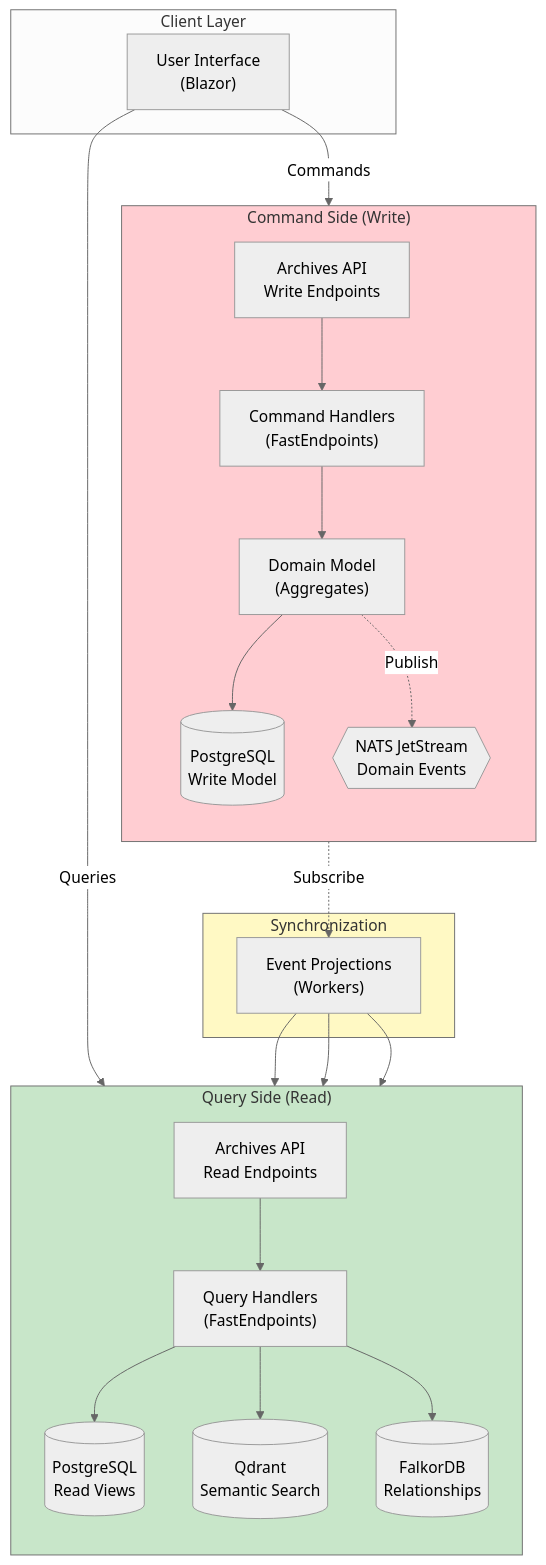
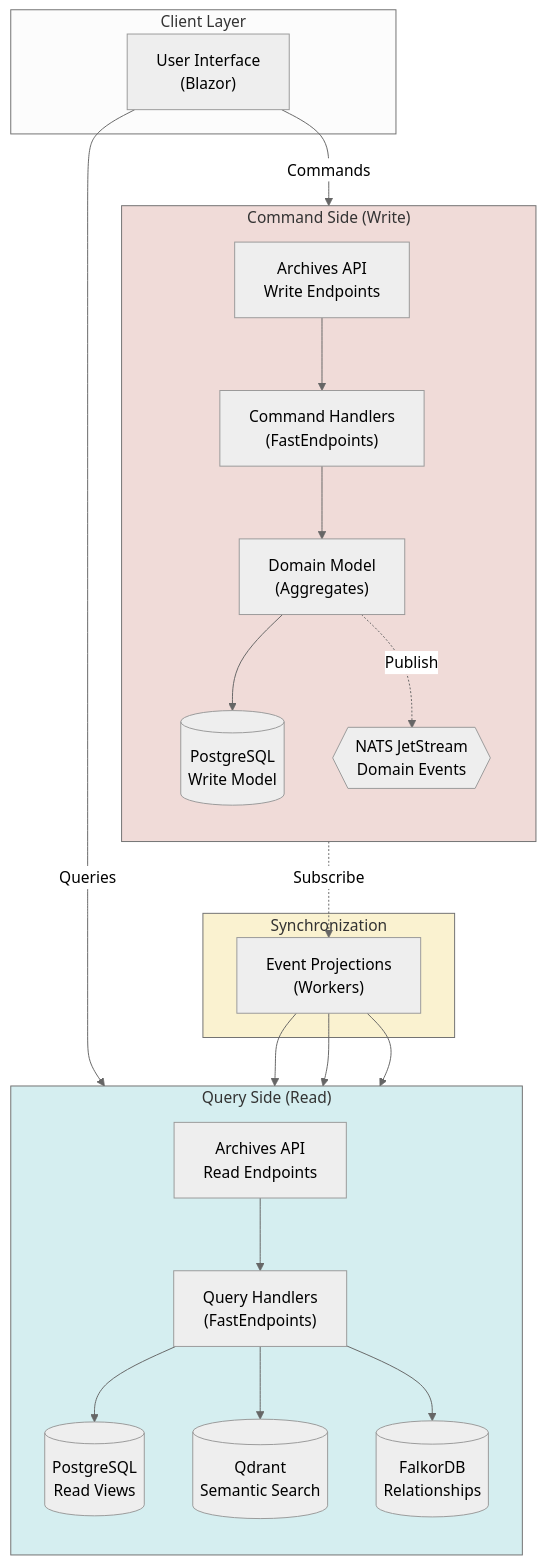
One commit to viktorrobin/bluerobin-blog changed the first of 6 diagrams in src/content/diagrams/cqrs-pattern.md. Above: the diagram before and after it, drawn with Mermaid (neutral theme). The commit also changed other lines of this file and 25 other files, not shown here.

````diff
--- a/src/content/diagrams/cqrs-pattern.md
+++ b/src/content/diagrams/cqrs-pattern.md
@@ -14,50 +14,50 @@
 ```mermaid
 flowchart TB
     subgraph Client["Client Layer"]
         User["User Interface<br/>(Blazor)"]
     end
 
     subgraph Commands["Command Side (Write)"]
         direction TB
         CmdAPI["Archives API<br/>Write Endpoints"]
         CmdHandler["Command Handlers<br/>(FastEndpoints)"]
         Domain["Domain Model<br/>(Aggregates)"]
         WriteDB[(PostgreSQL<br/>Write Model)]
         Events{{"NATS JetStream<br/>Domain Events"}}
     end
 
     subgraph Queries["Query Side (Read)"]
         direction TB
         QryAPI["Archives API<br/>Read Endpoints"]
         QryHandler["Query Handlers<br/>(FastEndpoints)"]
         ReadDB[(PostgreSQL<br/>Read Views)]
         VectorDB[(Qdrant<br/>Semantic Search)]
         GraphDB[(FalkorDB<br/>Relationships)]
     end
 
     subgraph Sync["Synchronization"]
         Projections["Event Projections<br/>(Workers)"]
     end
 
     User -->|Commands| CmdAPI
     User -->|Queries| QryAPI
     
     CmdAPI --> CmdHandler
     CmdHandler --> Domain
     Domain --> WriteDB
     Domain -.->|Publish| Events
 
     QryAPI --> QryHandler
     QryHandler --> ReadDB
     QryHandler --> VectorDB
     QryHandler --> GraphDB
 
     Events -.->|Subscribe| Projections
     Projections --> ReadDB
     Projections --> VectorDB
     Projections --> GraphDB
 
-    style Commands fill:#ffcdd2
-    style Queries fill:#c8e6c9
-    style Sync fill:#fff9c4
+    style Commands fill:#f0dbd8
+    style Queries fill:#d5eef0
+    style Sync fill:#faf2d0
 ```
````
